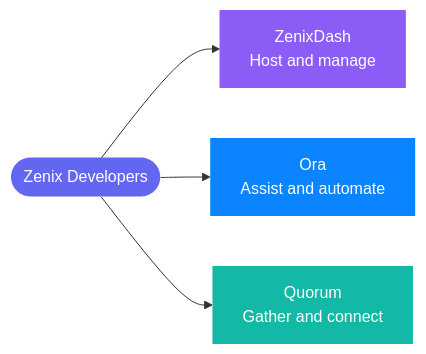
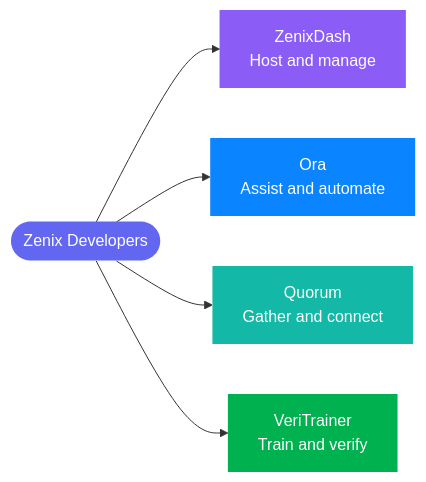
Before and after one commit to Zenix-Developers/.github: the diagram in profile/README.md, drawn with Mermaid. The commit also changed other lines of this file, not shown here.

````diff
--- a/profile/README.md
+++ b/profile/README.md
@@ -19,10 +20,12 @@
 ```mermaid
 flowchart LR
     Z([Zenix Developers]) --> D[ZenixDash<br>Host and manage]
     Z --> O[Ora<br>Assist and automate]
     Z --> Q[Quorum<br>Gather and connect]
+    Z --> V[VeriTrainer<br>Train and verify]
     style Z fill:#6366f1,color:#fff,stroke:none
     style D fill:#8b5cf6,color:#fff,stroke:none
     style O fill:#0a84ff,color:#fff,stroke:none
     style Q fill:#14b8a6,color:#fff,stroke:none
+    style V fill:#00b14f,color:#fff,stroke:none
 ```
````
